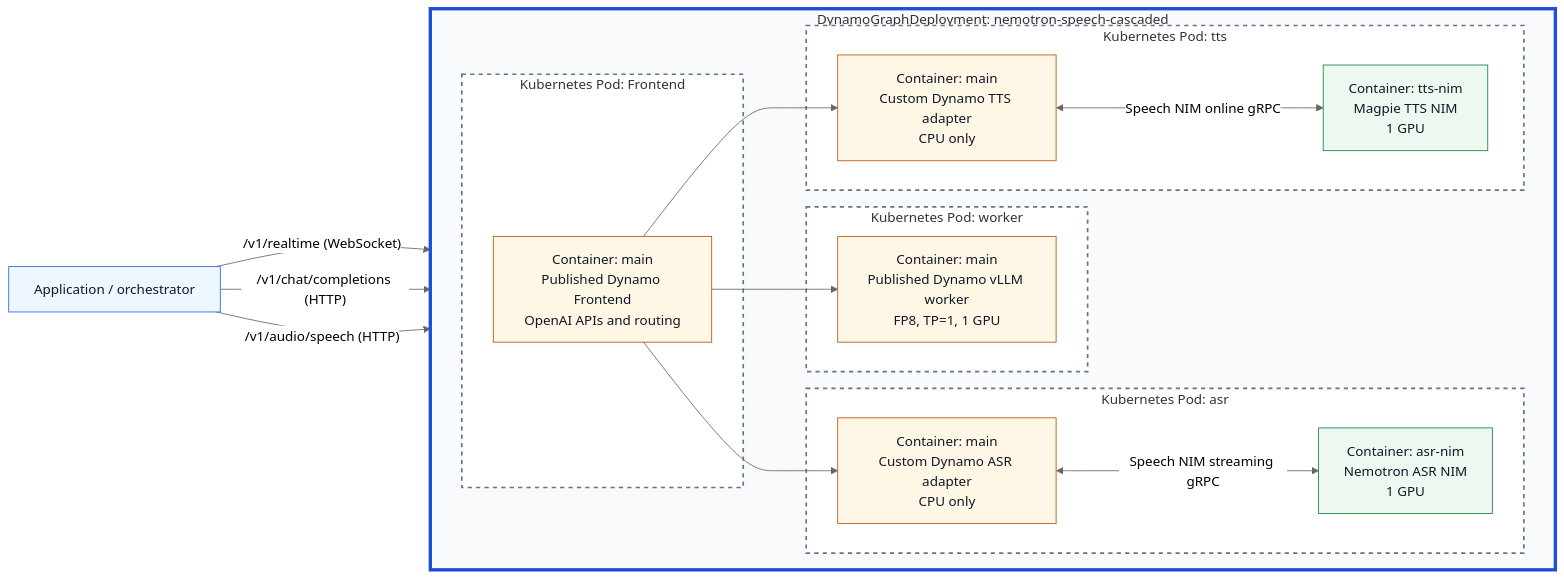
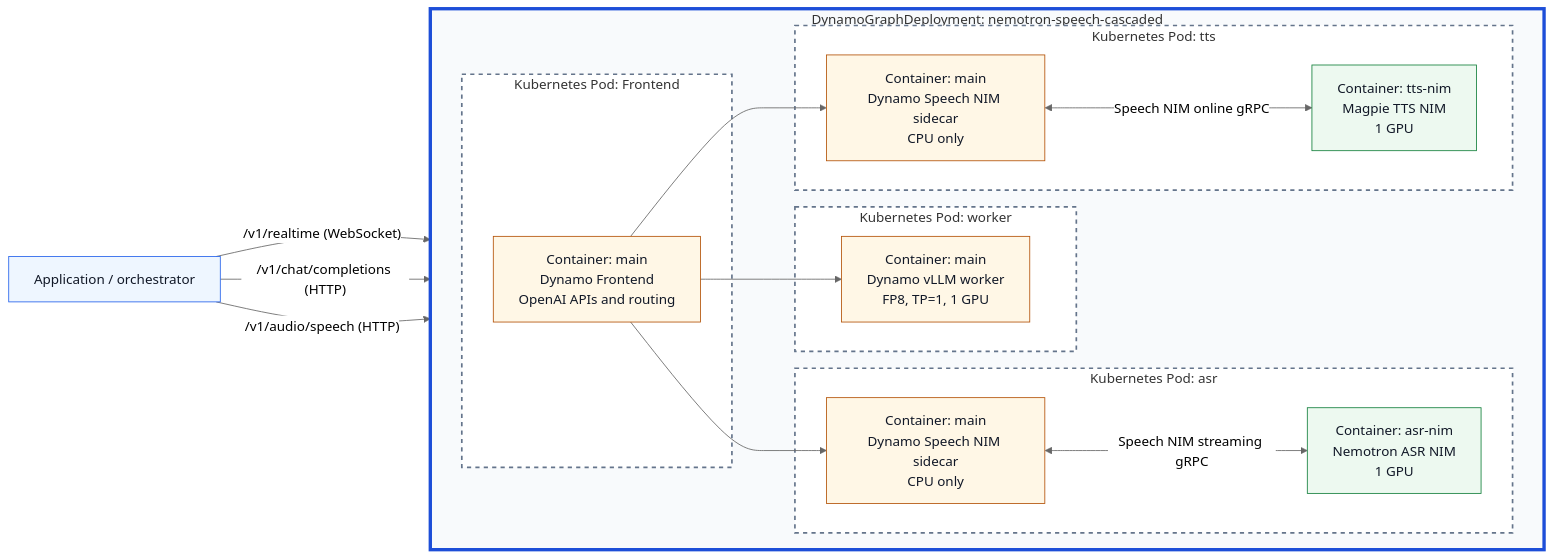
One commit to ai-dynamo/dynamo changed the diagram in examples/nemotron_speech_cascaded_pipeline/README.md. Above: the diagram before and after it, drawn with Mermaid (neutral theme). The commit also changed other lines of this file and 53 other files, not shown here.

First line of the commit message:
feat(sidecar): add Speech NIM ASR and TTS sidecar

````diff
--- a/examples/nemotron_speech_cascaded_pipeline/README.md
+++ b/examples/nemotron_speech_cascaded_pipeline/README.md
@@ -31,50 +34,50 @@
 ```mermaid
 flowchart LR
     Client["Application / orchestrator"]
 
     subgraph DGD["DynamoGraphDeployment: nemotron-speech-cascaded"]
         direction LR
 
         subgraph FrontendPod["Kubernetes Pod: Frontend"]
-            Frontend["Container: main<br/>Published Dynamo Frontend<br/>OpenAI APIs and routing"]
+            Frontend["Container: main<br/>Dynamo Frontend<br/>OpenAI APIs and routing"]
         end
 
         subgraph ASRPod["Kubernetes Pod: asr"]
-            ASRWorker["Container: main<br/>Custom Dynamo ASR adapter<br/>CPU only"]
+            ASRSidecar["Container: main<br/>Dynamo Speech NIM sidecar<br/>CPU only"]
             ASR["Container: asr-nim<br/>Nemotron ASR NIM<br/>1 GPU"]
         end
 
         subgraph LLMPod["Kubernetes Pod: worker"]
-            LLMWorker["Container: main<br/>Published Dynamo vLLM worker<br/>FP8, TP=1, 1 GPU"]
+            LLMWorker["Container: main<br/>Dynamo vLLM worker<br/>FP8, TP=1, 1 GPU"]
         end
 
         subgraph TTSPod["Kubernetes Pod: tts"]
-            TTSWorker["Container: main<br/>Custom Dynamo TTS adapter<br/>CPU only"]
+            TTSSidecar["Container: main<br/>Dynamo Speech NIM sidecar<br/>CPU only"]
             TTS["Container: tts-nim<br/>Magpie TTS NIM<br/>1 GPU"]
         end
     end
 
     Client -->|"/v1/realtime (WebSocket)"| Frontend
-    Frontend --> ASRWorker
-    ASRWorker <-->|"Speech NIM streaming gRPC"| ASR
+    Frontend --> ASRSidecar
+    ASRSidecar <-->|"Speech NIM streaming gRPC"| ASR
 
     Client -->|"/v1/chat/completions (HTTP)"| Frontend
     Frontend --> LLMWorker
 
     Client -->|"/v1/audio/speech (HTTP)"| Frontend
-    Frontend --> TTSWorker
-    TTSWorker <-->|"Speech NIM online gRPC"| TTS
+    Frontend --> TTSSidecar
+    TTSSidecar <-->|"Speech NIM online gRPC"| TTS
 
     classDef client fill:#eef6ff,stroke:#2563eb,color:#111827
     classDef dynamo fill:#fff7e6,stroke:#b45309,color:#111827
     classDef nim fill:#edf9f0,stroke:#15803d,color:#111827
     class Client client
-    class Frontend,ASRWorker,LLMWorker,TTSWorker dynamo
+    class Frontend,ASRSidecar,LLMWorker,TTSSidecar dynamo
     class ASR,TTS nim
 
     style DGD fill:#f8fafc,stroke:#1d4ed8,stroke-width:4px
     style FrontendPod fill:#ffffff,stroke:#64748b,stroke-width:2px,stroke-dasharray:5 5
     style ASRPod fill:#ffffff,stroke:#64748b,stroke-width:2px,stroke-dasharray:5 5
     style LLMPod fill:#ffffff,stroke:#64748b,stroke-width:2px,stroke-dasharray:5 5
     style TTSPod fill:#ffffff,stroke:#64748b,stroke-width:2px,stroke-dasharray:5 5
 ```
````
